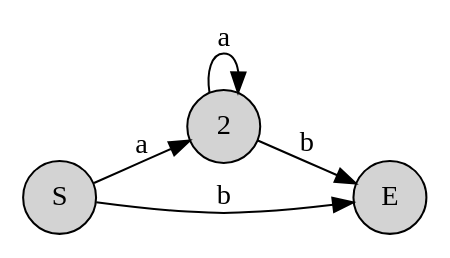
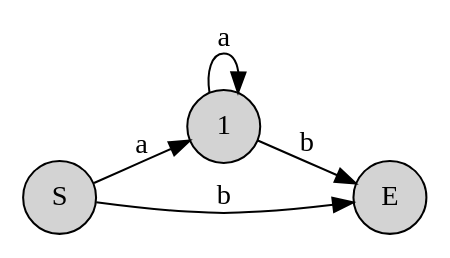
Before and after one commit to illusory0x0/containers.mbt: the diagram in automaton/__snapshot__/dfa_repeat.dot, drawn with Graphviz. The commit also changed 11 other files, not shown here.

```diff
--- a/automaton/__snapshot__/dfa_repeat.dot
+++ b/automaton/__snapshot__/dfa_repeat.dot
@@ -1,12 +1,12 @@
 
 digraph {
 rankdir=LR;
 node [shape = circle; style = filled;];
-0->2[label="a"];
-0->1[label="b"];
-2->2[label="a"];
-2->1[label="b"];
+0->1[label="a"];
+0->2[label="b"];
+1->1[label="a"];
+1->2[label="b"];
 0 [label="S";]
-1 [label="E";]
-2 [label="2";]
+1 [label="1";]
+2 [label="E";]
 }
```
